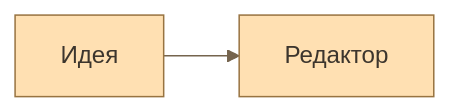
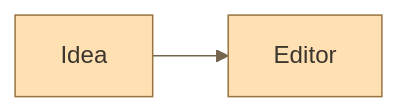
Before and after one commit to xronocode/mark: the diagram in docs/diagram-appearance.md, drawn with Mermaid. The commit also changed other lines of this file and 15 other files, not shown here.

````diff
--- a/docs/diagram-appearance.md
+++ b/docs/diagram-appearance.md
@@ -14,15 +14,15 @@
 ```mermaid
 ---
 config:
   theme: base
   themeVariables:
     background: "#fff7e8"
     primaryColor: "#ffe0b2"
     primaryTextColor: "#3c352d"
     primaryBorderColor: "#987441"
     lineColor: "#75644e"
 ---
 %% mark:appearance custom %%
 flowchart LR
-  A[Идея] --> B[Редактор]
+  A[Idea] --> B[Editor]
 ```
````
